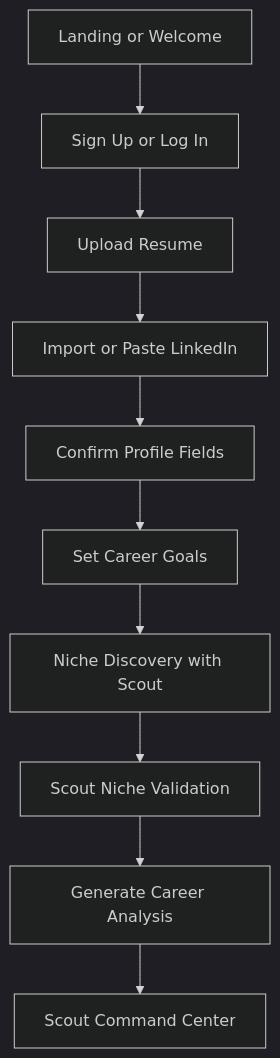
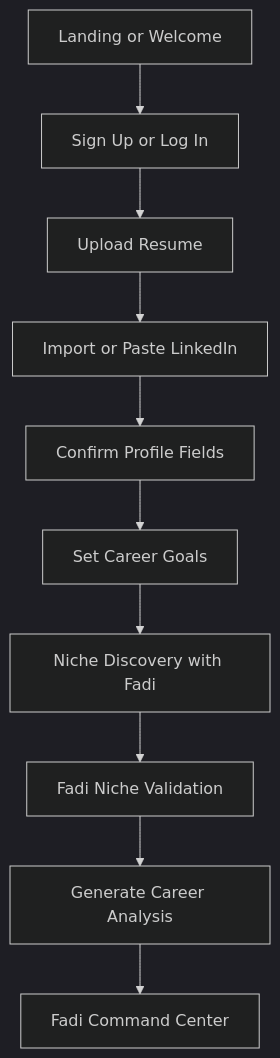
Before and after one commit to Mirzzie/Fadi: the first of 6 diagrams in docs/MVP_USER_JOURNEYS.md, drawn with Mermaid (dark theme). The commit also changed other lines of this file and 158 other files, not shown here.

First line of the commit message:
refactor!: rename agent Scout→Fadi and brand CareerOS→FadiOS

````diff
--- a/docs/MVP_USER_JOURNEYS.md
+++ b/docs/MVP_USER_JOURNEYS.md
@@ -17,12 +17,12 @@
 ```mermaid
 flowchart TD
     Start[Landing or Welcome] --> Auth[Sign Up or Log In]
     Auth --> Resume[Upload Resume]
     Resume --> LinkedIn[Import or Paste LinkedIn]
     LinkedIn --> Profile[Confirm Profile Fields]
     Profile --> Goals[Set Career Goals]
-    Goals --> Niche[Niche Discovery with Scout]
-    Niche --> Validate[Scout Niche Validation]
+    Goals --> Niche[Niche Discovery with Fadi]
+    Niche --> Validate[Fadi Niche Validation]
     Validate --> Analyze[Generate Career Analysis]
-    Analyze --> Dashboard[Scout Command Center]
+    Analyze --> Dashboard[Fadi Command Center]
 ```
````
